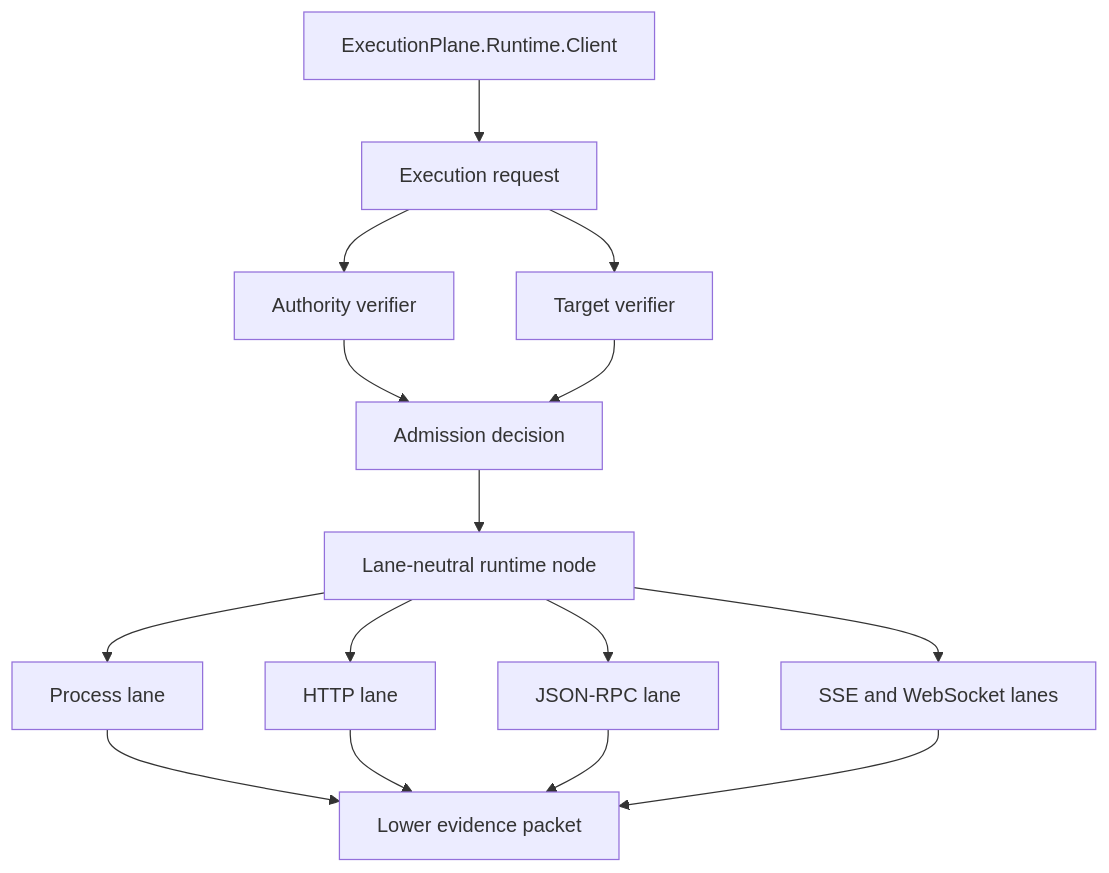
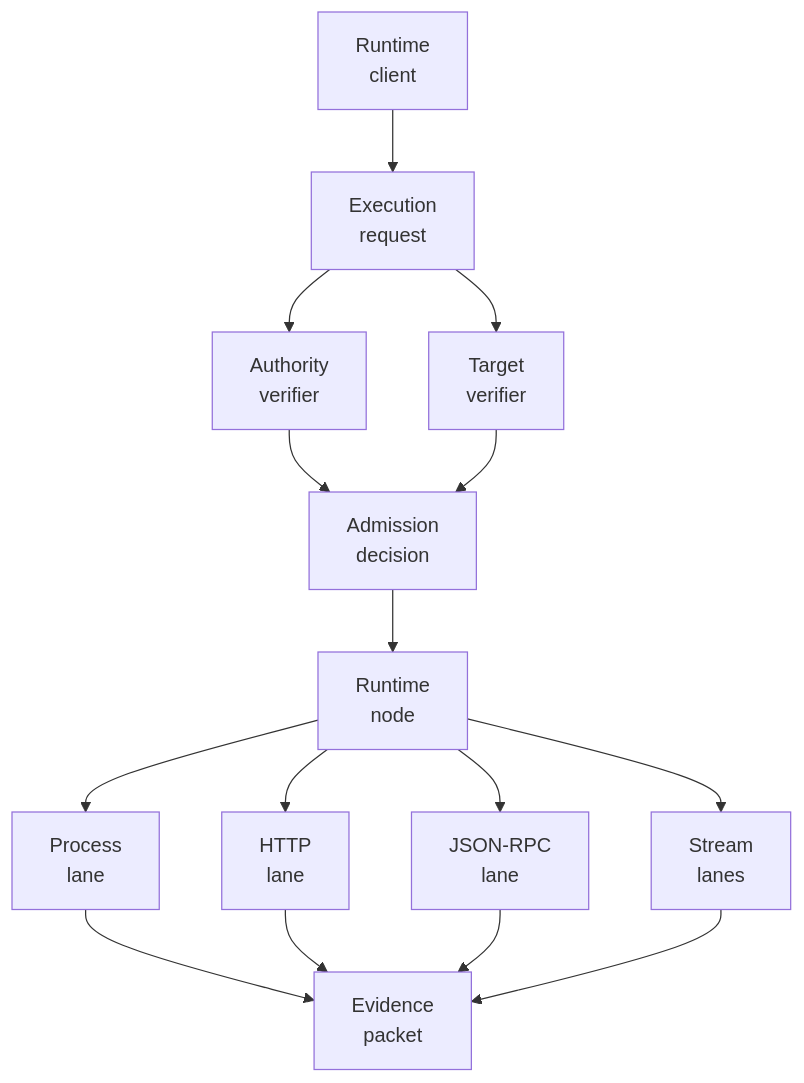
One commit to nshkrdotcom/execution_plane changed the first of 2 diagrams in README.md. Above: the diagram before and after it, drawn with Mermaid. The commit also changed other lines of this file, not shown here.

Commit message:
docs: wrap README Mermaid labels

````diff
--- a/README.md
+++ b/README.md
@@ -81,17 +81,17 @@
 ```mermaid
 flowchart TD
-  Client["ExecutionPlane.Runtime.Client"] --> Request["Execution request"]
-  Request --> Authority["Authority verifier"]
-  Request --> Target["Target verifier"]
-  Authority --> Decision["Admission decision"]
+  Client["Runtime<br/>client"] --> Request["Execution<br/>request"]
+  Request --> Authority["Authority<br/>verifier"]
+  Request --> Target["Target<br/>verifier"]
+  Authority --> Decision["Admission<br/>decision"]
   Target --> Decision
-  Decision --> Node["Lane-neutral runtime node"]
-  Node --> Process["Process lane"]
-  Node --> HTTP["HTTP lane"]
-  Node --> JSONRPC["JSON-RPC lane"]
-  Node --> Streams["SSE and WebSocket lanes"]
-  Process --> Evidence["Lower evidence packet"]
+  Decision --> Node["Runtime<br/>node"]
+  Node --> Process["Process<br/>lane"]
+  Node --> HTTP["HTTP<br/>lane"]
+  Node --> JSONRPC["JSON-RPC<br/>lane"]
+  Node --> Streams["Stream<br/>lanes"]
+  Process --> Evidence["Evidence<br/>packet"]
   HTTP --> Evidence
   JSONRPC --> Evidence
   Streams --> Evidence
 ```
````
